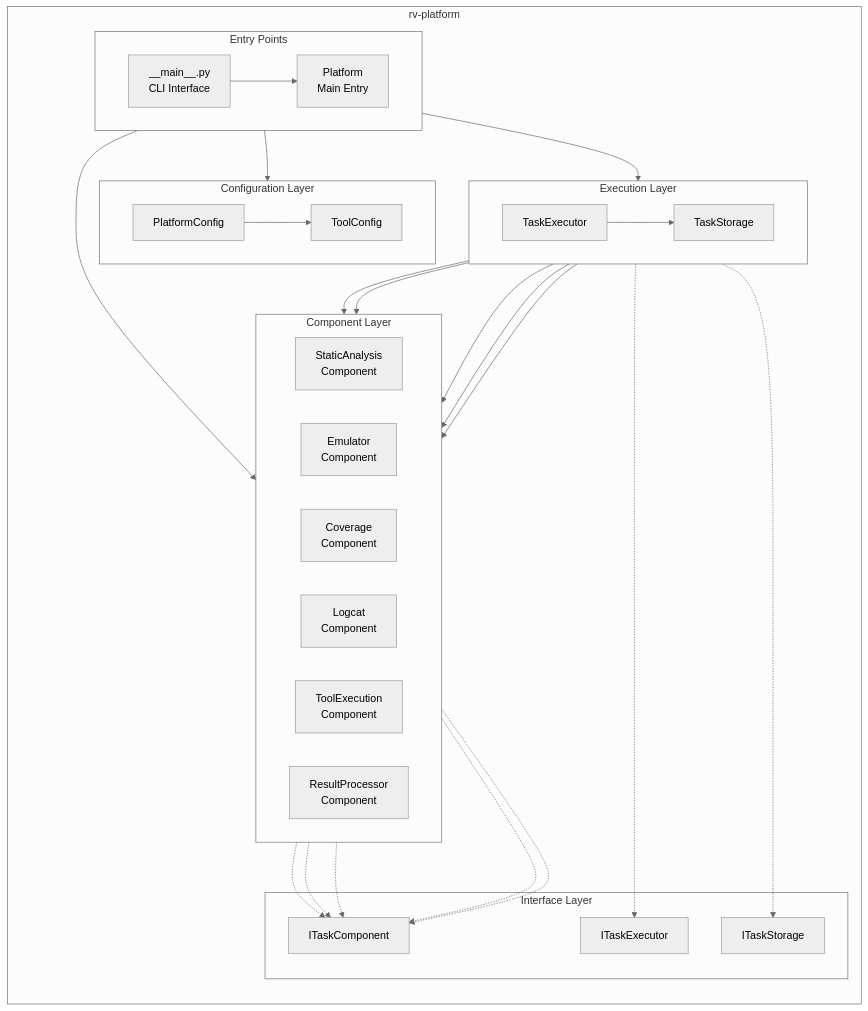
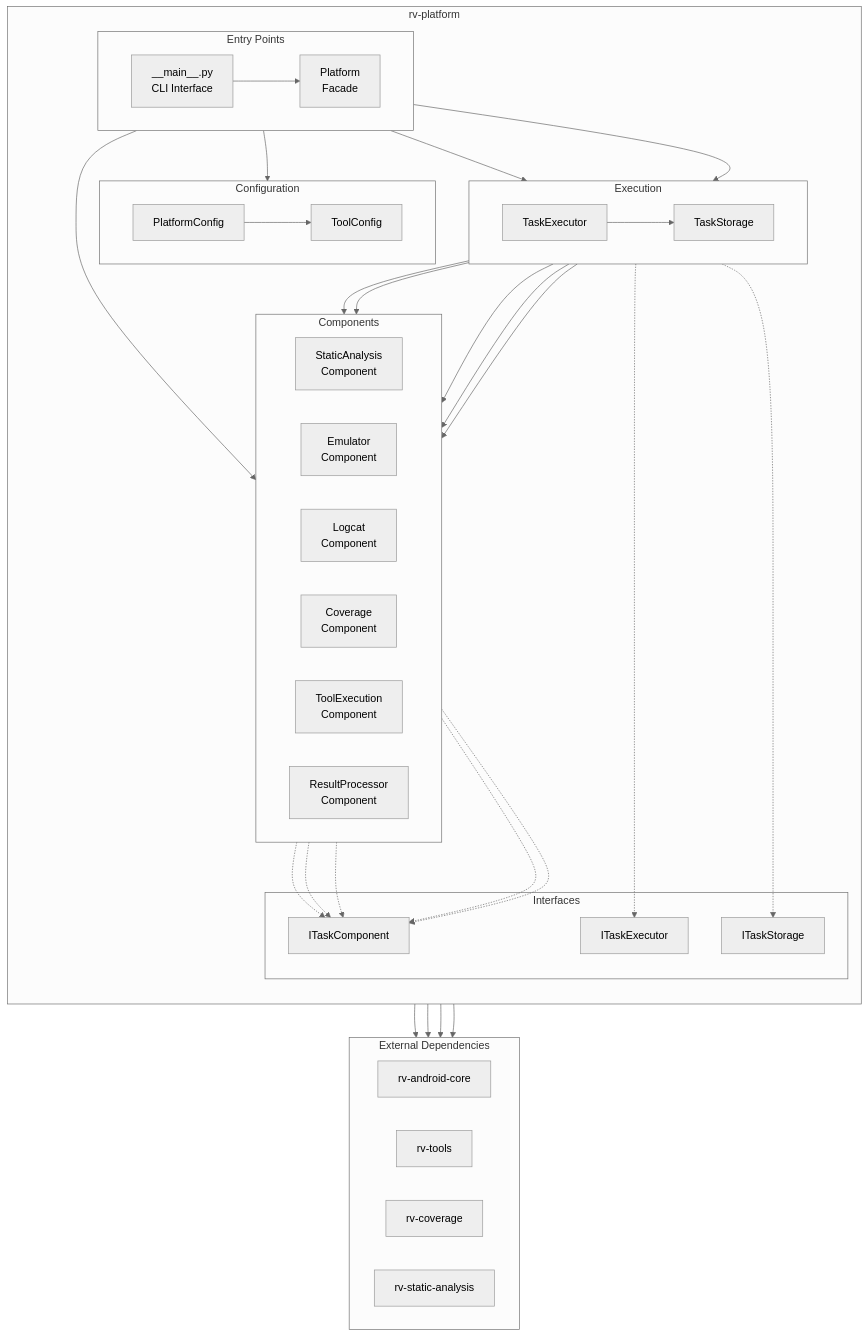
The first of 6 diagrams in rv-android/modules/rv-platform/docs/architecture.md (PAMunb/rvsec), drawn with Mermaid before and after one commit. The commit also changed other lines of this file and 7 other files, not shown here.

First line of the commit message:
test: add resume coverage for rv-platform and rv-experiment + update architecture docs

````diff
--- a/rv-android/modules/rv-platform/docs/architecture.md
+++ b/rv-android/modules/rv-platform/docs/architecture.md
@@ -17,61 +88,75 @@
 ```mermaid
 %%{init: {'theme': 'neutral'}}%%
 flowchart TB
     subgraph RVPlatform["rv-platform"]
         direction TB
 
         subgraph EntryPoints["Entry Points"]
             direction LR
             CLI["__main__.py<br/>CLI Interface"]
-            PlatformClass["Platform<br/>Main Entry"]
+            PlatformNode["Platform<br/>Facade"]
         end
 
-        subgraph Configuration["Configuration Layer"]
+        subgraph ConfigLayer["Configuration"]
             direction LR
-            PlatformConfig["PlatformConfig"]
-            ToolConfigModel["ToolConfig"]
+            ConfigNode["PlatformConfig"]
+            ToolConfigNode["ToolConfig"]
         end
 
-        subgraph Execution["Execution Layer"]
+        subgraph ExecutionLayer["Execution"]
             direction LR
-            TaskExec["TaskExecutor"]
-            TaskStore["TaskStorage"]
+            ExecutorNode["TaskExecutor"]
+            StorageNode["TaskStorage"]
         end
 
-        subgraph Components["Component Layer"]
+        subgraph ComponentLayer["Components"]
             direction LR
-            StaticComp["StaticAnalysis<br/>Component"]
-            EmulatorComp["Emulator<br/>Component"]
-            CoverageComp["Coverage<br/>Component"]
-            LogcatComp["Logcat<br/>Component"]
-            ToolComp["ToolExecution<br/>Component"]
-            ResultComp["ResultProcessor<br/>Component"]
+            StaticNode["StaticAnalysis<br/>Component"]
+            EmulatorNode["Emulator<br/>Component"]
+            LogcatNode["Logcat<br/>Component"]
+            CoverageNode["Coverage<br/>Component"]
+            ToolExecNode["ToolExecution<br/>Component"]
+            ResultNode["ResultProcessor<br/>Component"]
         end
 
-        subgraph Interfaces["Interface Layer"]
+        subgraph InterfaceLayer["Interfaces"]
             ITaskComp["ITaskComponent"]
             ITaskExec["ITaskExecutor"]
             ITaskStore["ITaskStorage"]
         end
     end
 
-    CLI --> PlatformClass
-    PlatformClass --> PlatformConfig
-    PlatformConfig --> ToolConfigModel
-    PlatformClass --> TaskExec
-    TaskExec --> TaskStore
-    TaskExec --> StaticComp
-    TaskExec --> EmulatorComp
-    TaskExec --> CoverageComp
-    TaskExec --> LogcatComp
-    TaskExec --> ToolComp
-    PlatformClass --> ResultComp
+    subgraph ExternalDeps["External Dependencies"]
+        direction LR
+        CoreNode["rv-android-core"]
+        ToolsNode["rv-tools"]
+        CovModule["rv-coverage"]
+        AnalysisModule["rv-static-analysis"]
+    end
 
-    StaticComp -.-> ITaskComp
-    EmulatorComp -.-> ITaskComp
-    CoverageComp -.-> ITaskComp
-    LogcatComp -.-> ITaskComp
-    ToolComp -.-> ITaskComp
-    TaskExec -.-> ITaskExec
-    TaskStore -.-> ITaskStore
+    CLI --> PlatformNode
+    PlatformNode --> ConfigNode
+    ConfigNode --> ToolConfigNode
+    PlatformNode --> ExecutorNode
+    PlatformNode --> StorageNode
+    PlatformNode --> ResultNode
+    ExecutorNode --> StorageNode
+    ExecutorNode --> StaticNode
+    ExecutorNode --> EmulatorNode
+    ExecutorNode --> LogcatNode
+    ExecutorNode --> CoverageNode
+    ExecutorNode --> ToolExecNode
+
+    StaticNode -.-> ITaskComp
+    EmulatorNode -.-> ITaskComp
+    LogcatNode -.-> ITaskComp
+    CoverageNode -.-> ITaskComp
+    ToolExecNode -.-> ITaskComp
+    ExecutorNode -.-> ITaskExec
+    StorageNode -.-> ITaskStore
+
+    PlatformNode --> CoreNode
+    PlatformNode --> ToolsNode
+    CoverageNode --> CovModule
+    StaticNode --> AnalysisModule
 ```
````
